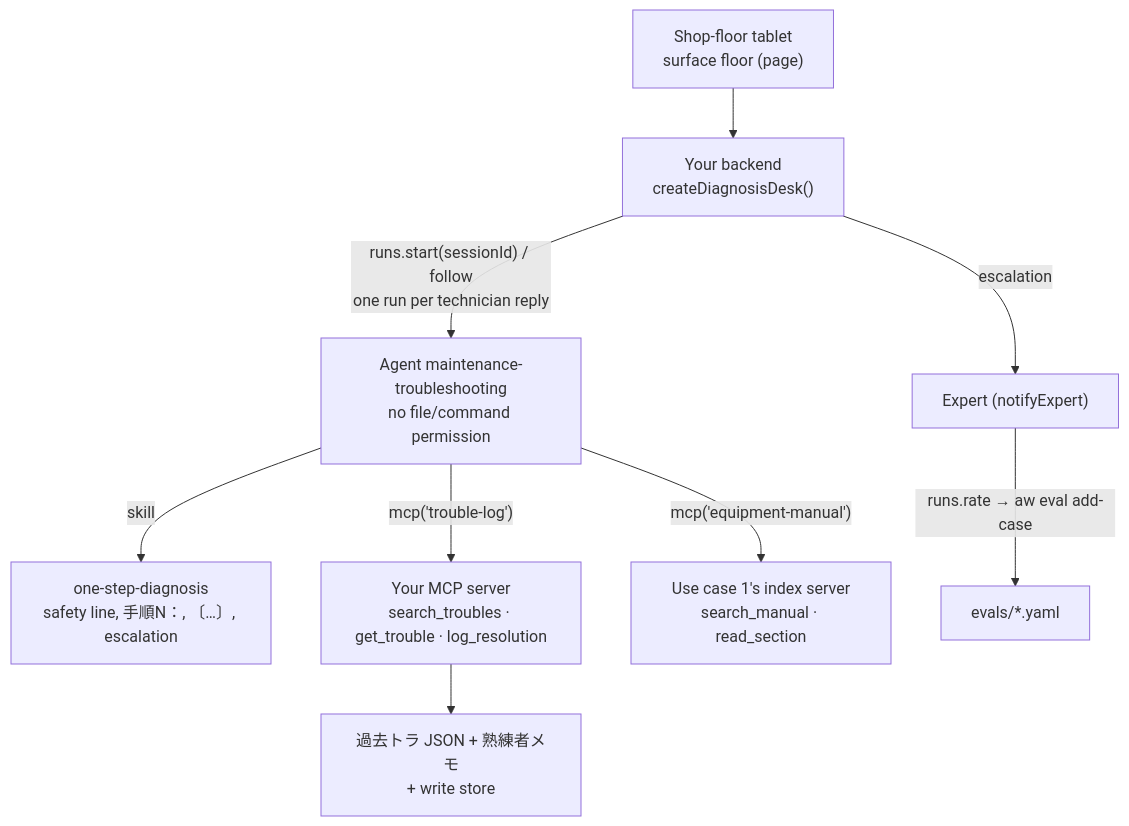
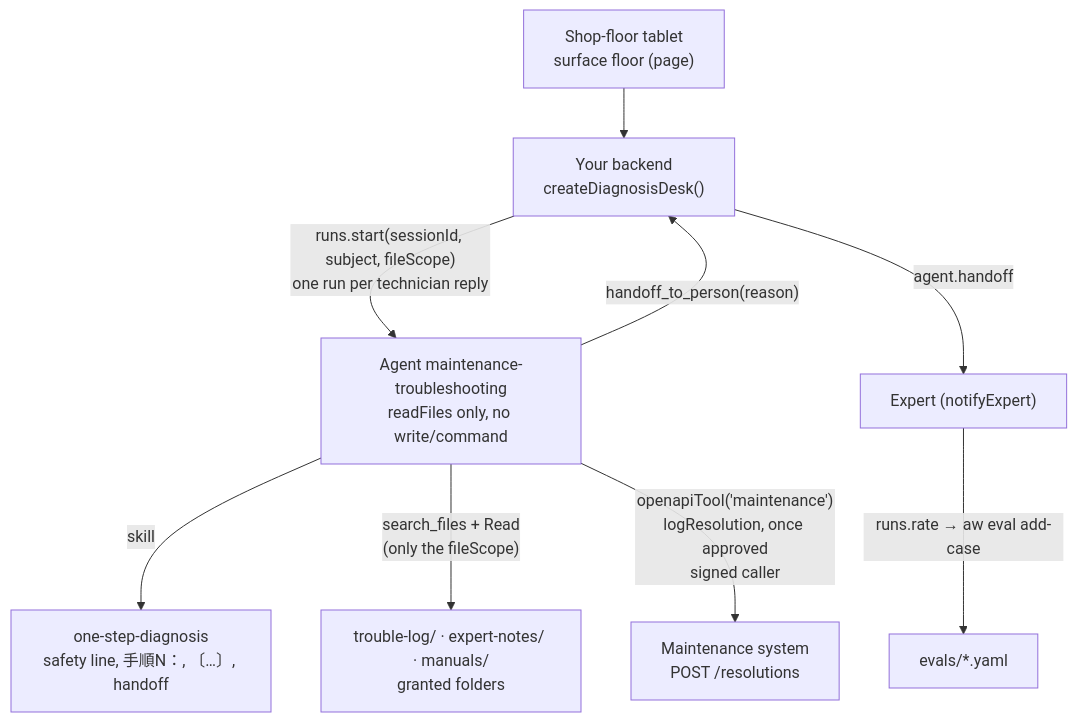
One commit to indxjp/agent-workspace changed the second of 2 diagrams in docs/sdk/site/tutorials/maintenance-troubleshooting.mdx. Above: the diagram before and after it, drawn with Mermaid. The commit also changed other lines of this file and 2629 other files, not shown here.

````diff
--- a/docs/sdk/site/tutorials/maintenance-troubleshooting.mdx
+++ b/docs/sdk/site/tutorials/maintenance-troubleshooting.mdx
@@ -57,11 +66,11 @@
 ```mermaid
 flowchart TD
   T["Shop-floor tablet<br/>surface floor (page)"] --> B["Your backend<br/>createDiagnosisDesk()"]
-  B -- "runs.start(sessionId) / follow<br/>one run per technician reply" --> A["Agent maintenance-troubleshooting<br/>no file/command permission"]
-  A -- "skill" --> S["one-step-diagnosis<br/>safety line, 手順N：, 〔…〕, escalation"]
-  A -- "mcp('trouble-log')" --> L["Your MCP server<br/>search_troubles · get_trouble · log_resolution"]
-  A -- "mcp('equipment-manual')" --> M["Use case 1's index server<br/>search_manual · read_section"]
-  L --> D["過去トラ JSON + 熟練者メモ<br/>+ write store"]
-  B -- "escalation" --> E["Expert (notifyExpert)"]
+  B -- "runs.start(sessionId, subject, fileScope)<br/>one run per technician reply" --> A["Agent maintenance-troubleshooting<br/>readFiles only, no write/command"]
+  A -- "skill" --> S["one-step-diagnosis<br/>safety line, 手順N：, 〔…〕, handoff"]
+  A -- "search_files + Read<br/>(only the fileScope)" --> D["trouble-log/ · expert-notes/ · manuals/<br/>granted folders"]
+  A -- "openapiTool('maintenance')<br/>logResolution, once approved<br/>signed caller" --> W["Maintenance system<br/>POST /resolutions"]
+  A -- "handoff_to_person(reason)" --> B
+  B -- "agent.handoff" --> E["Expert (notifyExpert)"]
   E -- "runs.rate → aw eval add-case" --> V["evals/*.yaml"]
 ```
````
